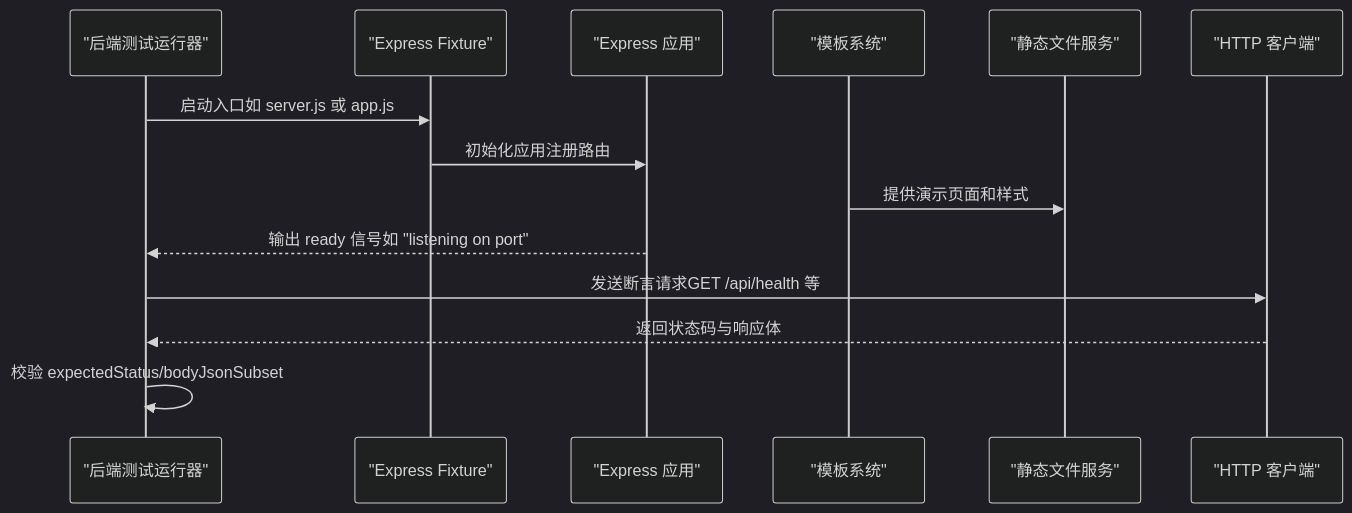
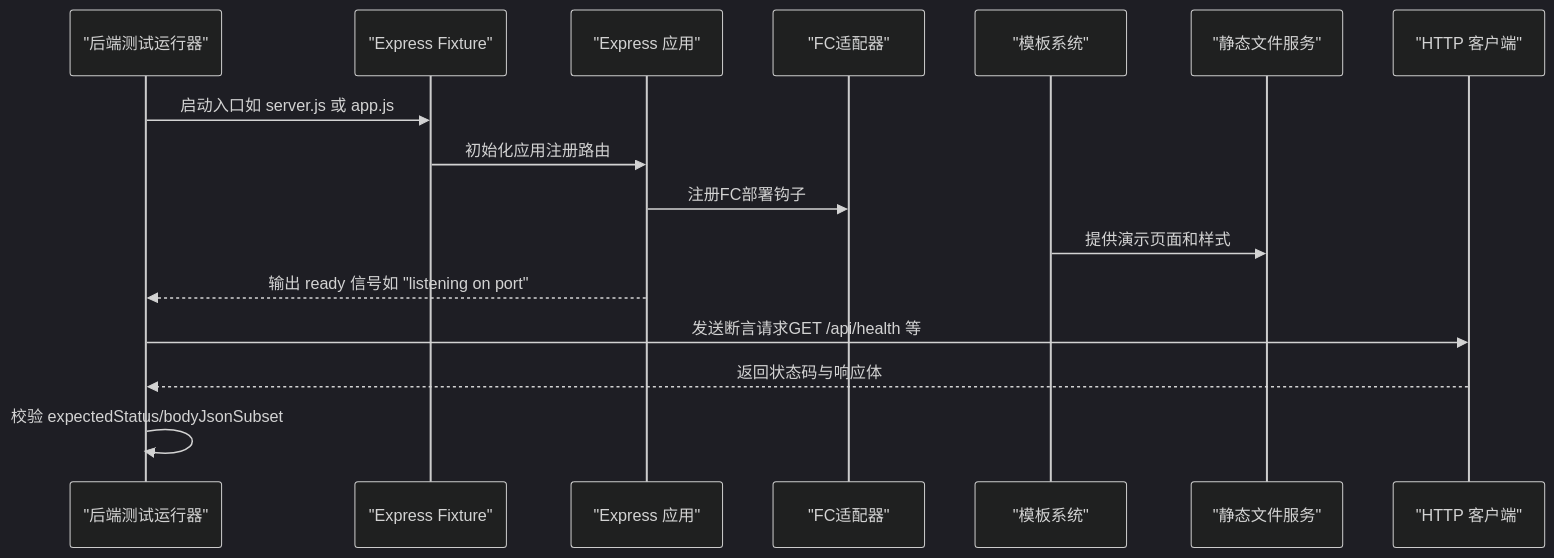
The third of 11 diagrams in .qoder/repowiki/zh/content/后端框架测试/后端框架测试.md (esa-sp/test-for-aone-ci), drawn with Mermaid (dark theme) before and after one commit. The commit also changed other lines of this file and 51 other files, not shown here.

````diff
--- a/.qoder/repowiki/zh/content/后端框架测试/后端框架测试.md
+++ b/.qoder/repowiki/zh/content/后端框架测试/后端框架测试.md
@@ -171,16 +184,18 @@
 ```mermaid
 sequenceDiagram
 participant Runner as "后端测试运行器"
 participant Fixture as "Express Fixture"
 participant App as "Express 应用"
+participant FCAdapter as "FC适配器"
 participant Template as "模板系统"
 participant Static as "静态文件服务"
 participant HTTP as "HTTP 客户端"
 Runner->>Fixture : 启动入口如 server.js 或 app.js
 Fixture->>App : 初始化应用注册路由
+App->>FCAdapter : 注册FC部署钩子
 Template->>Static : 提供演示页面和样式
 App-->>Runner : 输出 ready 信号如 "listening on port"
 Runner->>HTTP : 发送断言请求GET /api/health 等
 HTTP-->>Runner : 返回状态码与响应体
 Runner->>Runner : 校验 expectedStatus/bodyJsonSubset
 ```
````
